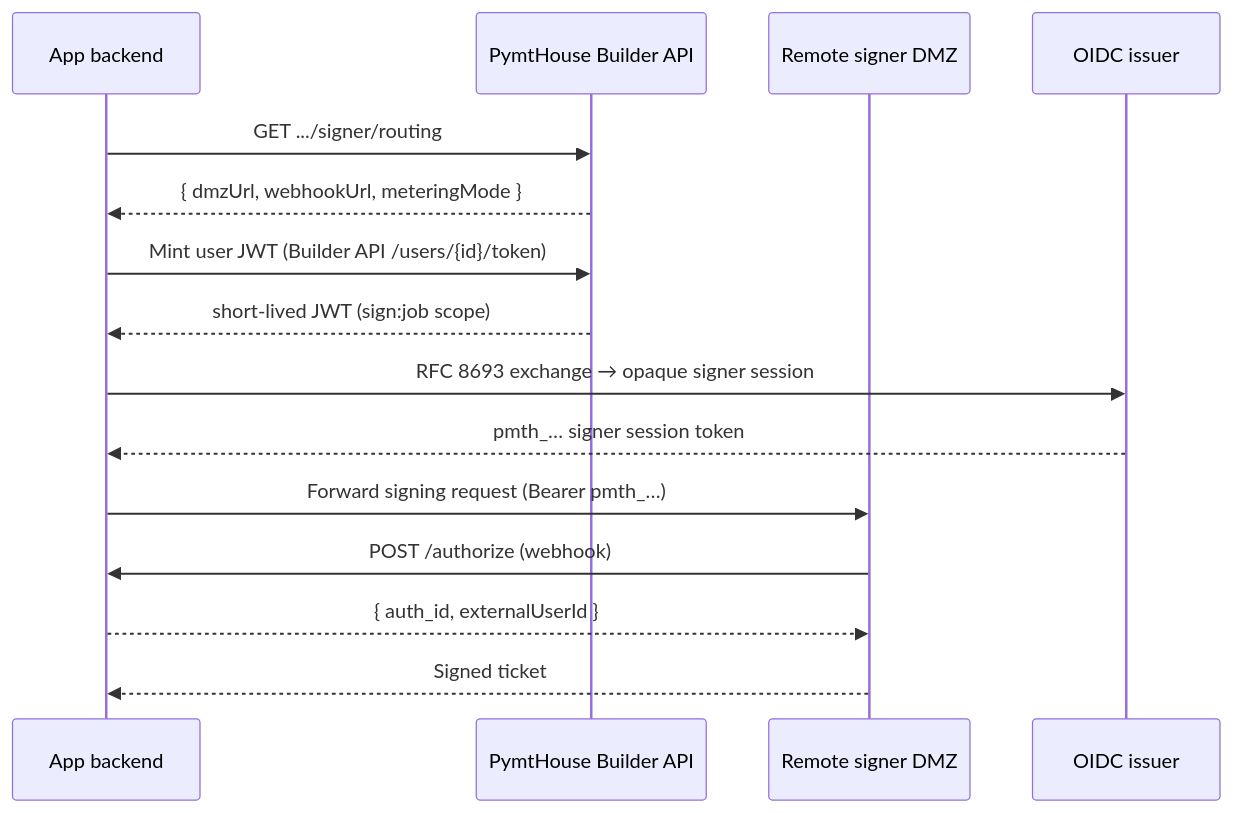
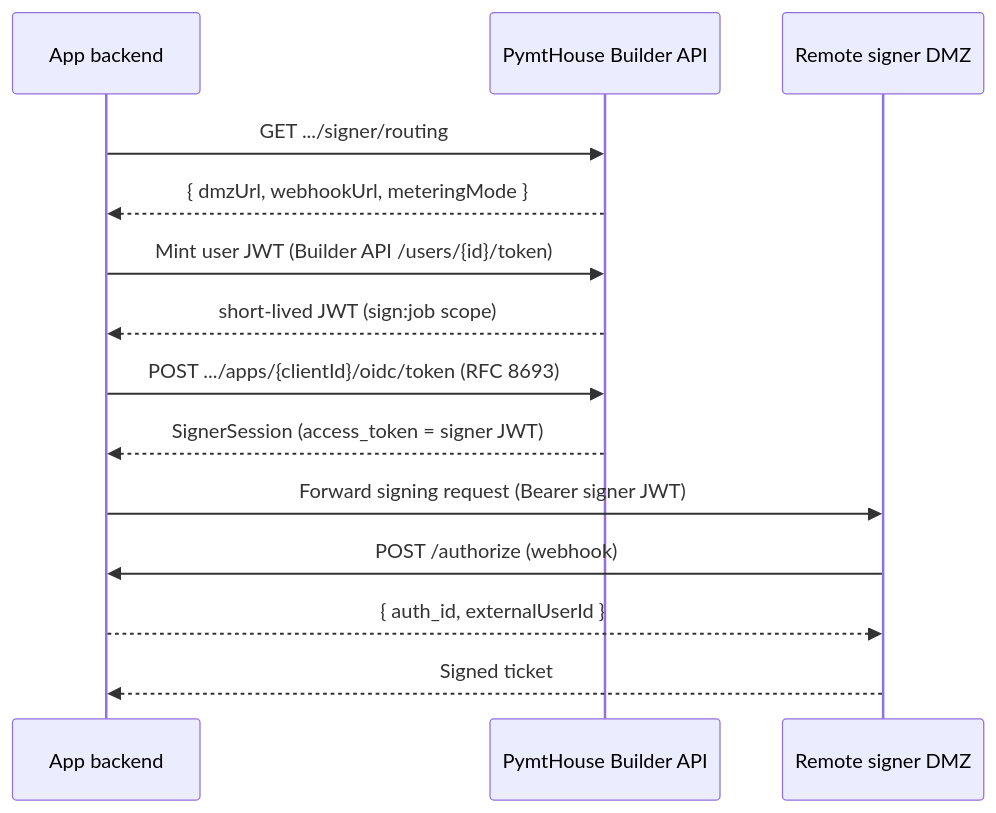
The first of 2 diagrams in integration/signer-routing.mdx (pymthouse/pymthouse-docs), drawn with Mermaid before and after one commit. The commit also changed other lines of this file and 12 other files, not shown here.

````diff
--- a/integration/signer-routing.mdx
+++ b/integration/signer-routing.mdx
@@ -16,21 +16,20 @@
 ```mermaid
 sequenceDiagram
   participant App as App backend
   participant PM as PymtHouse Builder API
   participant DMZ as Remote signer DMZ
-  participant OP as OIDC issuer
 
   App->>PM: GET .../signer/routing
   PM-->>App: { dmzUrl, webhookUrl, meteringMode }
 
   App->>PM: Mint user JWT (Builder API /users/{id}/token)
   PM-->>App: short-lived JWT (sign:job scope)
 
-  App->>OP: RFC 8693 exchange → opaque signer session
-  OP-->>App: pmth_… signer session token
+  App->>PM: POST .../apps/{clientId}/oidc/token (RFC 8693)
+  PM-->>App: SignerSession (access_token = signer JWT)
 
-  App->>DMZ: Forward signing request (Bearer pmth_…)
+  App->>DMZ: Forward signing request (Bearer signer JWT)
   DMZ->>App: POST /authorize (webhook)
   App-->>DMZ: { auth_id, externalUserId }
   DMZ-->>App: Signed ticket
 ```
````
